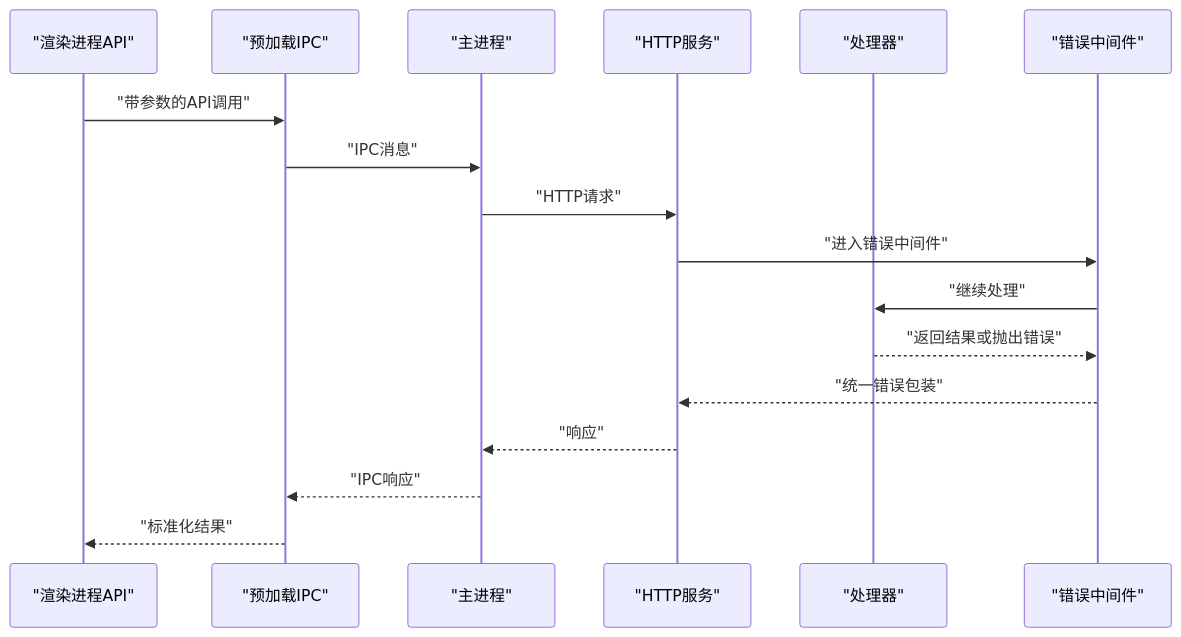
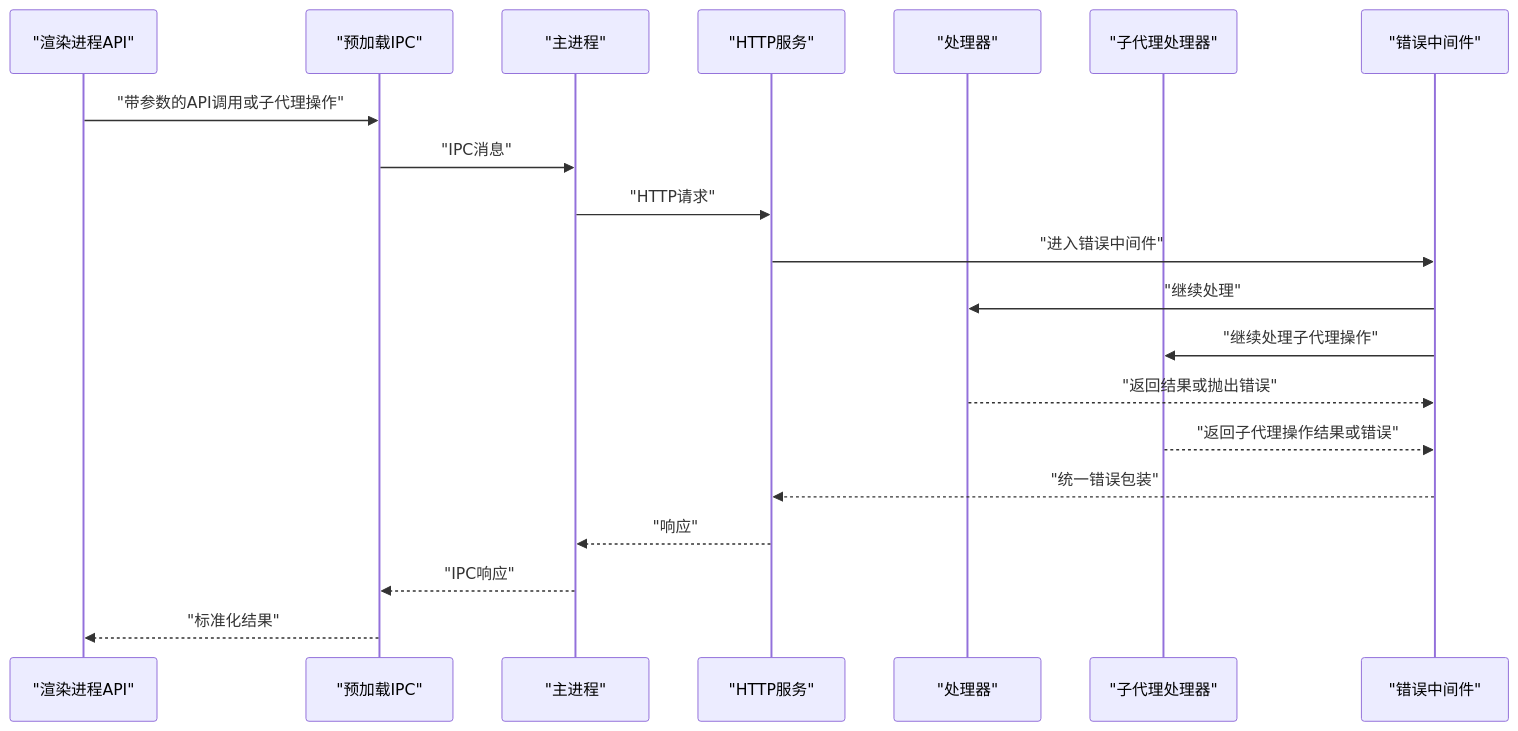
Before and after one commit to kkutysllb/KCoder: the fifth of 9 diagrams in .qoder/repowiki/zh/content/AI对话系统/引擎API集成.md, drawn with Mermaid. The commit also changed other lines of this file and 127 other files, not shown here.

````diff
--- a/.qoder/repowiki/zh/content/AI对话系统/引擎API集成.md
+++ b/.qoder/repowiki/zh/content/AI对话系统/引擎API集成.md
@@ -340,19 +361,22 @@
 ```mermaid
 sequenceDiagram
 participant R as "渲染进程API"
 participant P as "预加载IPC"
 participant M as "主进程"
 participant S as "HTTP服务"
 participant H as "处理器"
+participant SAH as "子代理处理器"
 participant E as "错误中间件"
-R->>P : "带参数的API调用"
+R->>P : "带参数的API调用或子代理操作"
 P->>M : "IPC消息"
 M->>S : "HTTP请求"
 S->>E : "进入错误中间件"
 E->>H : "继续处理"
+E->>SAH : "继续处理子代理操作"
 H-->>E : "返回结果或抛出错误"
+SAH-->>E : "返回子代理操作结果或错误"
 E-->>S : "统一错误包装"
 S-->>M : "响应"
 M-->>P : "IPC响应"
 P-->>R : "标准化结果"
 ```
````
